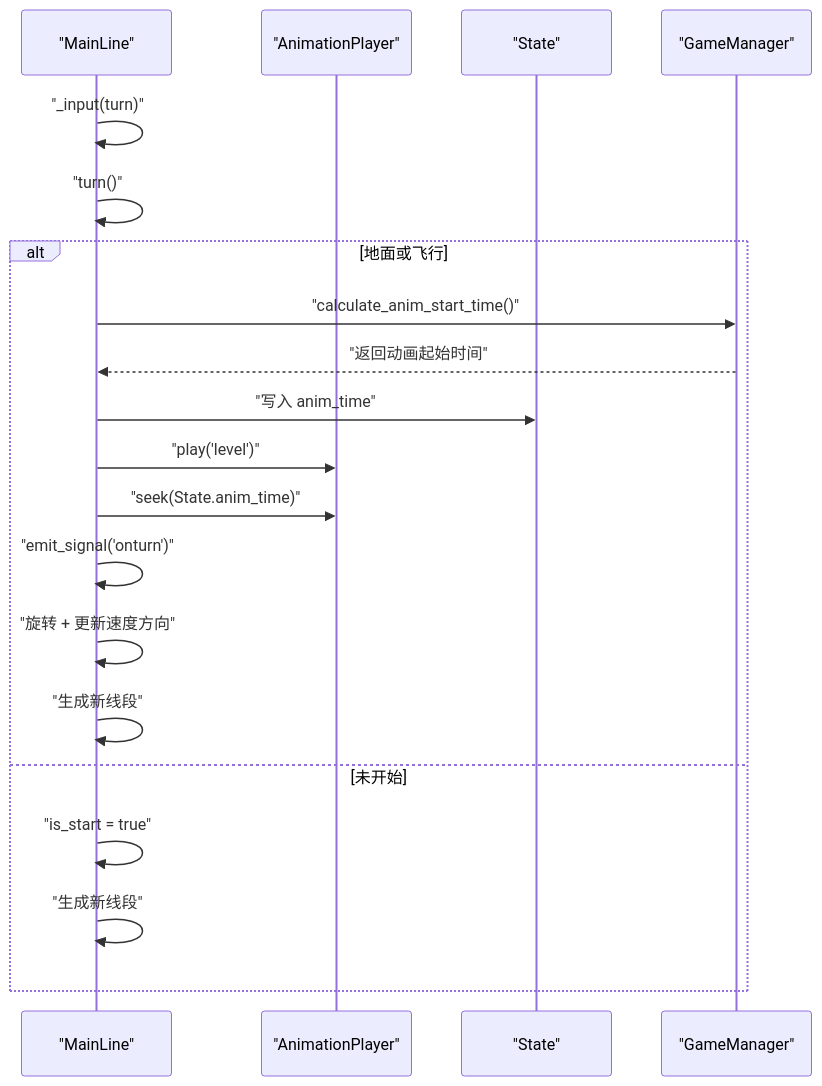
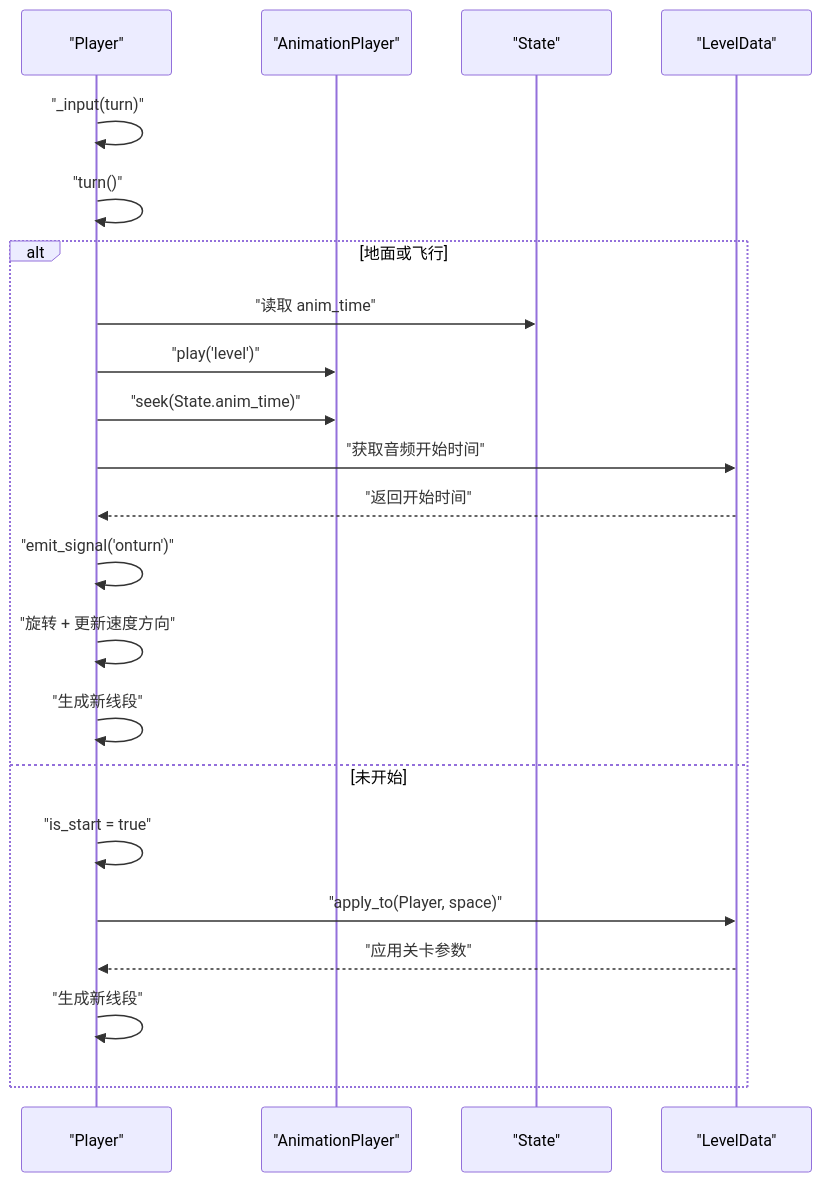
One commit to godotline/godot-line changed the fourth of 6 diagrams in .qoder/repowiki/zh/content/游戏系统/角色控制系统.md. Above: the diagram before and after it, drawn with Mermaid. The commit also changed other lines of this file and 18 other files, not shown here.

````diff
--- a/.qoder/repowiki/zh/content/游戏系统/角色控制系统.md
+++ b/.qoder/repowiki/zh/content/游戏系统/角色控制系统.md
@@ -228,22 +246,24 @@
 ```mermaid
 sequenceDiagram
-participant P as "MainLine"
+participant P as "Player"
 participant A as "AnimationPlayer"
 participant S as "State"
-participant GM as "GameManager"
+participant LD as "LevelData"
 P->>P : "_input(turn)"
 P->>P : "turn()"
 alt 地面或飞行
-P->>GM : "calculate_anim_start_time()"
-GM-->>P : "返回动画起始时间"
-P->>S : "写入 anim_time"
+P->>S : "读取 anim_time"
 P->>A : "play('level')"
 P->>A : "seek(State.anim_time)"
+P->>LD : "获取音频开始时间"
+LD-->>P : "返回开始时间"
 P->>P : "emit_signal('onturn')"
 P->>P : "旋转 + 更新速度方向"
 P->>P : "生成新线段"
 else 未开始
 P->>P : "is_start = true"
+P->>LD : "apply_to(Player, space)"
+LD-->>P : "应用关卡参数"
 P->>P : "生成新线段"
 end
 ```
````
